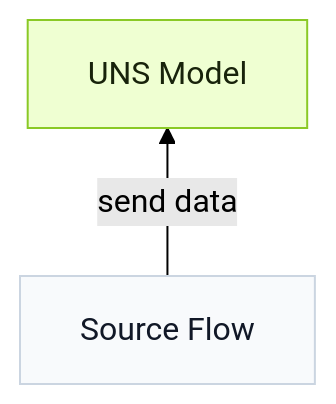
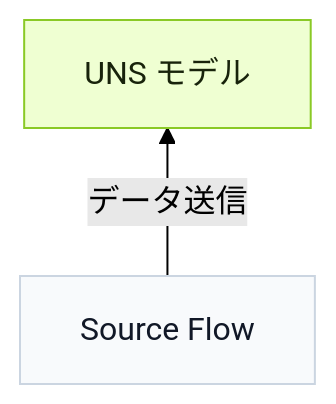
The diagram in src/content/docs/ja/using-tier0/connect-data.mdx (FREEZONEX/Tier0-docs-site), drawn with Mermaid (forest theme) before and after one commit. The commit also changed 12 other files, not shown here.

Commit message:
Localize non-English diagram and analytics text

````diff
--- a/src/content/docs/ja/using-tier0/connect-data.mdx
+++ b/src/content/docs/ja/using-tier0/connect-data.mdx
@@ -12,12 +12,12 @@
 ```mermaid
 flowchart BT
-  uns["UNS Model"]
+  uns["UNS モデル"]
   flow["Source Flow"]
 
-  flow -->|"send data"| uns
+  flow -->|"データ送信"| uns
 
   classDef t0accent fill:#EFFFD2,stroke:#8AC926,stroke-width:1px,color:#18230B
   classDef t0node fill:#F8FAFC,stroke:#CBD5E1,stroke-width:1px,color:#111827
   class uns t0accent
   class flow t0node
 ```
````
